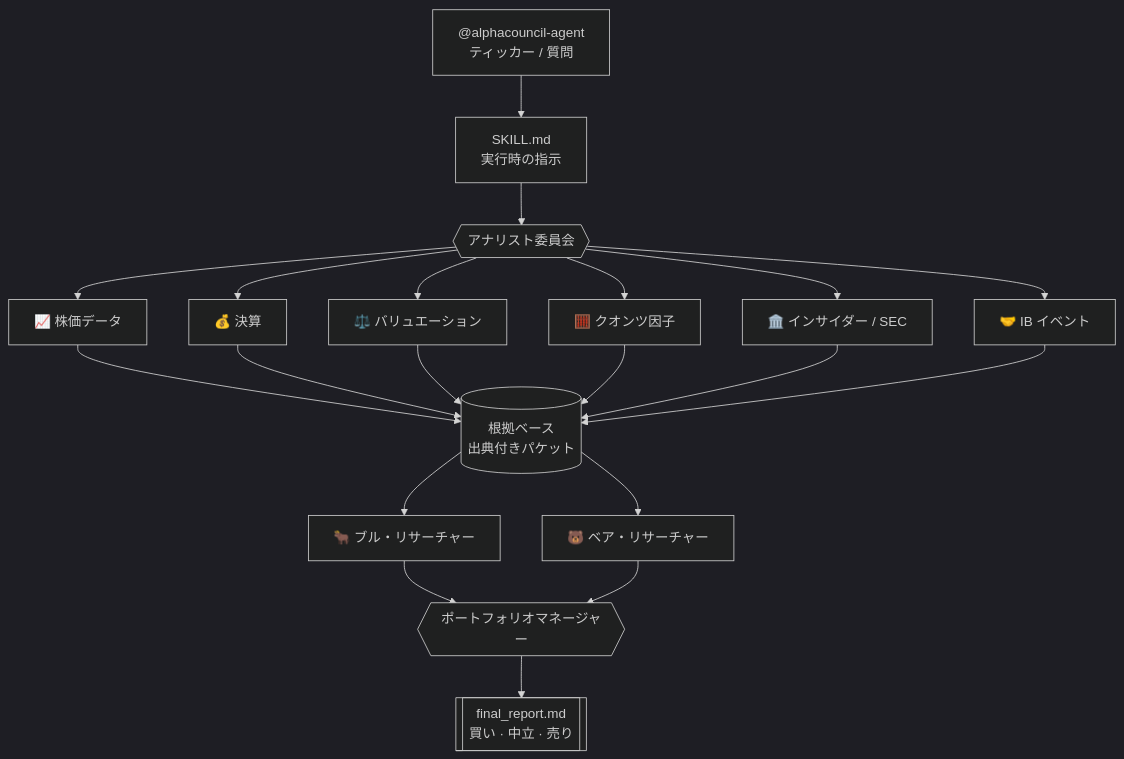
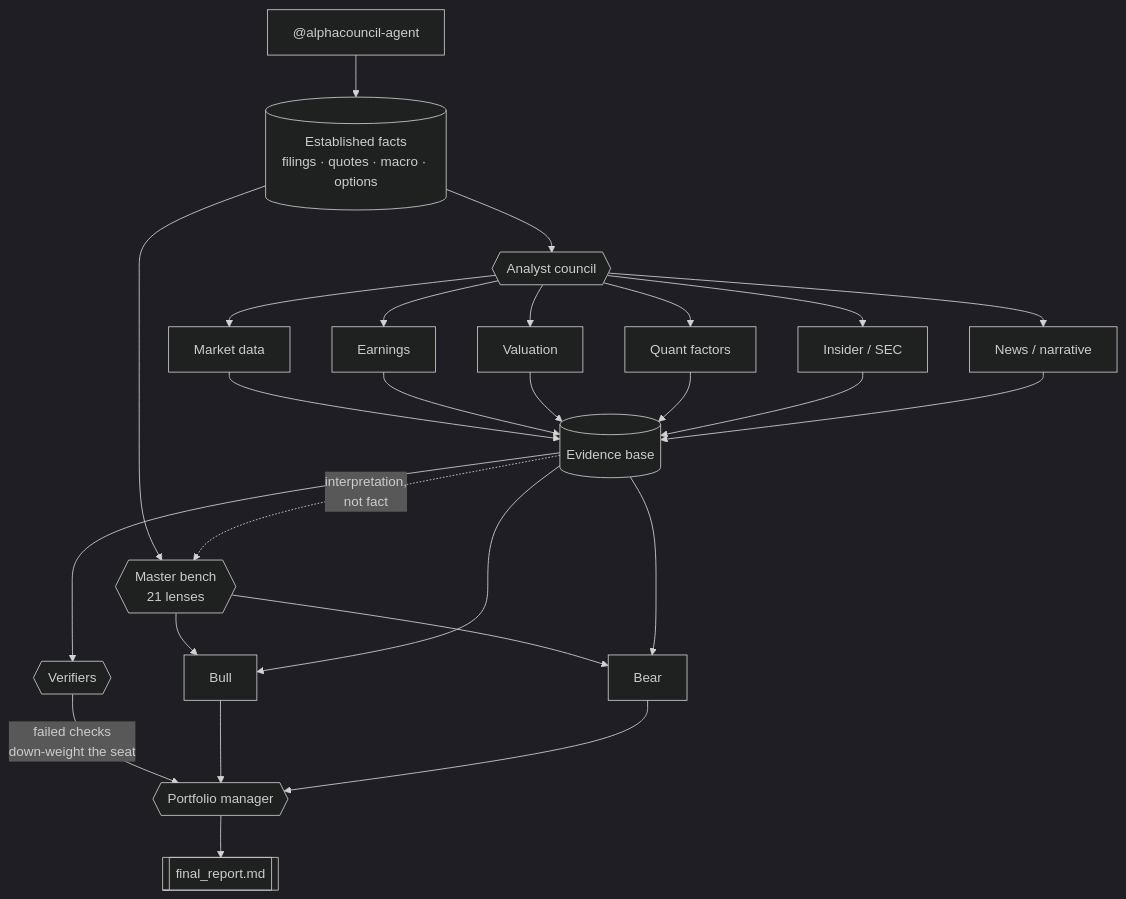
One commit to Zhao73/alphacouncil-agent changed the diagram in README.ja.md. Above: the diagram before and after it, drawn with Mermaid (dark theme). The commit also changed other lines of this file and 3 other files, not shown here.

First line of the commit message:
fix: the bench never ran on Codex or OpenCode, and the skill named none of the data tools

````diff
--- a/README.ja.md
+++ b/README.ja.md
@@ -130,22 +167,28 @@
 ```mermaid
 flowchart TD
-    U["@alphacouncil-agent<br/>ティッカー / 質問"] --> SK["SKILL.md<br/>実行時の指示"]
-    SK --> AG{{"アナリスト委員会"}}
-    AG --> A1["📈 株価データ"]
-    AG --> A2["💰 決算"]
-    AG --> A3["⚖️ バリュエーション"]
-    AG --> A4["🧮 クオンツ因子"]
-    AG --> A5["🏛️ インサイダー / SEC"]
-    AG --> A6["🤝 IB イベント"]
-    A1 --> EV[("根拠ベース<br/>出典付きパケット")]
+    U["@alphacouncil-agent"] --> G[("Established facts<br/>filings · quotes · macro · options")]
+    G --> AG{{"Analyst council"}}
+    G --> MS{{"Master bench<br/>21 lenses"}}
+    AG --> A1["Market data"]
+    AG --> A2["Earnings"]
+    AG --> A3["Valuation"]
+    AG --> A4["Quant factors"]
+    AG --> A5["Insider / SEC"]
+    AG --> A6["News / narrative"]
+    A1 --> EV[("Evidence base")]
     A2 --> EV
     A3 --> EV
     A4 --> EV
     A5 --> EV
     A6 --> EV
-    EV --> BULL["🐂 ブル・リサーチャー"]
-    EV --> BEAR["🐻 ベア・リサーチャー"]
-    BULL --> PM{{"ポートフォリオマネージャー"}}
+    EV -.->|"interpretation,<br/>not fact"| MS
+    EV --> VF{{"Verifiers"}}
+    VF -->|"failed checks<br/>down-weight the seat"| PM
+    MS --> BULL["Bull"]
+    MS --> BEAR["Bear"]
+    EV --> BULL
+    EV --> BEAR
+    BULL --> PM{{"Portfolio manager"}}
     BEAR --> PM
-    PM --> R[["final_report.md<br/>買い · 中立 · 売り"]]
+    PM --> R[["final_report.md"]]
 ```
````
